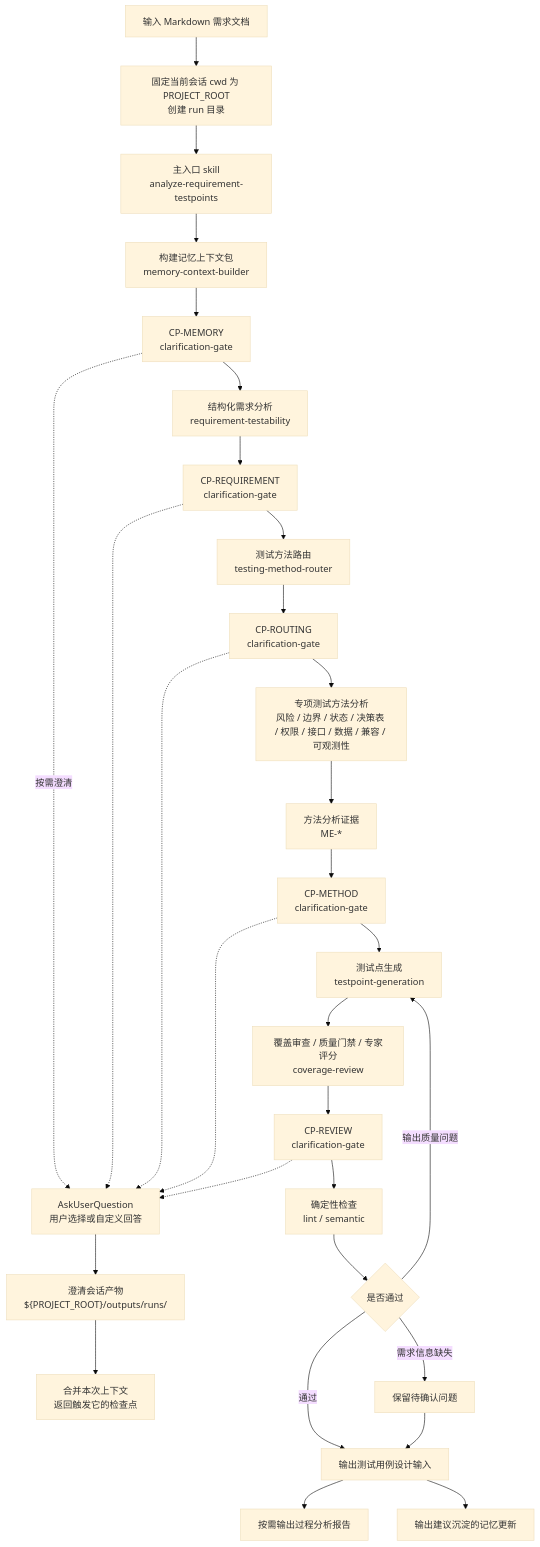
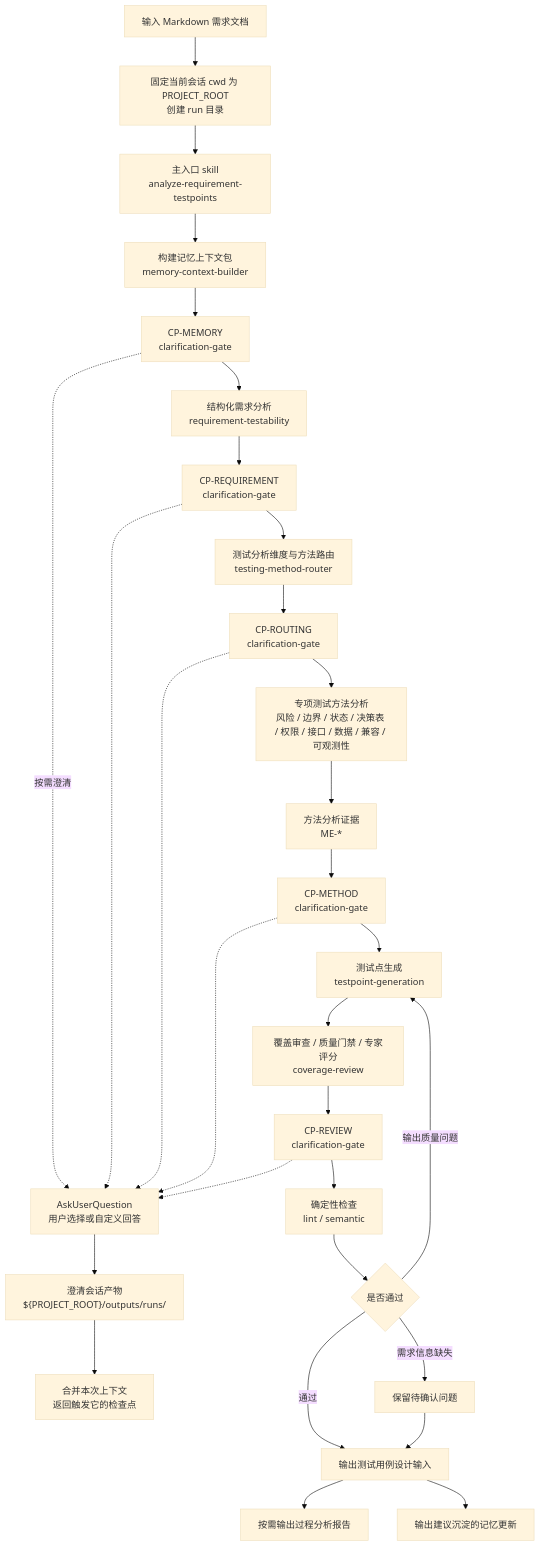
The third of 8 diagrams in docs/test-analysis-agent-design.md (szluoqy-byte/Test-Analysis-Agent), drawn with Mermaid (base theme) before and after one commit. The commit also changed other lines of this file and 55 other files, not shown here.

````diff
--- a/docs/test-analysis-agent-design.md
+++ b/docs/test-analysis-agent-design.md
@@ -181,32 +187,32 @@
 ```mermaid
 flowchart TD
   A["输入 Markdown 需求文档"] --> PR["固定当前会话 cwd 为 PROJECT_ROOT\n创建 run 目录"]
   PR --> B["主入口 skill\nanalyze-requirement-testpoints"]
   B --> C["构建记忆上下文包\nmemory-context-builder"]
   C --> C1["CP-MEMORY\nclarification-gate"]
   C1 --> D["结构化需求分析\nrequirement-testability"]
   D --> C2["CP-REQUIREMENT\nclarification-gate"]
-  C2 --> E["测试方法路由\ntesting-method-router"]
+  C2 --> E["测试分析维度与方法路由\ntesting-method-router"]
   E --> C3["CP-ROUTING\nclarification-gate"]
   C3 --> F["专项测试方法分析\n风险 / 边界 / 状态 / 决策表 / 权限 / 接口 / 数据 / 兼容 / 可观测性"]
   F --> EV["方法分析证据\nME-*"]
   EV --> C4["CP-METHOD\nclarification-gate"]
   C4 --> G["测试点生成\ntestpoint-generation"]
   G --> H["覆盖审查 / 质量门禁 / 专家评分\ncoverage-review"]
   H --> C5["CP-REVIEW\nclarification-gate"]
   C1 -. 按需澄清 .-> AUQ["AskUserQuestion\n用户选择或自定义回答"]
   C2 -.-> AUQ
   C3 -.-> AUQ
   C4 -.-> AUQ
   C5 -.-> AUQ
   AUQ --> CS["澄清会话产物\n${PROJECT_ROOT}/outputs/runs/<run-id>"]
   CS --> Resume["合并本次上下文\n返回触发它的检查点"]
   C5 --> J["确定性检查\nlint / semantic"]
   J --> K{"是否通过"}
   K -- "通过" --> L["输出测试用例设计输入"]
   K -- "输出质量问题" --> G
   K -- "需求信息缺失" --> M["保留待确认问题"]
   M --> L
   L --> RPT["按需输出过程分析报告"]
   L --> N["输出建议沉淀的记忆更新"]
 ```
````
